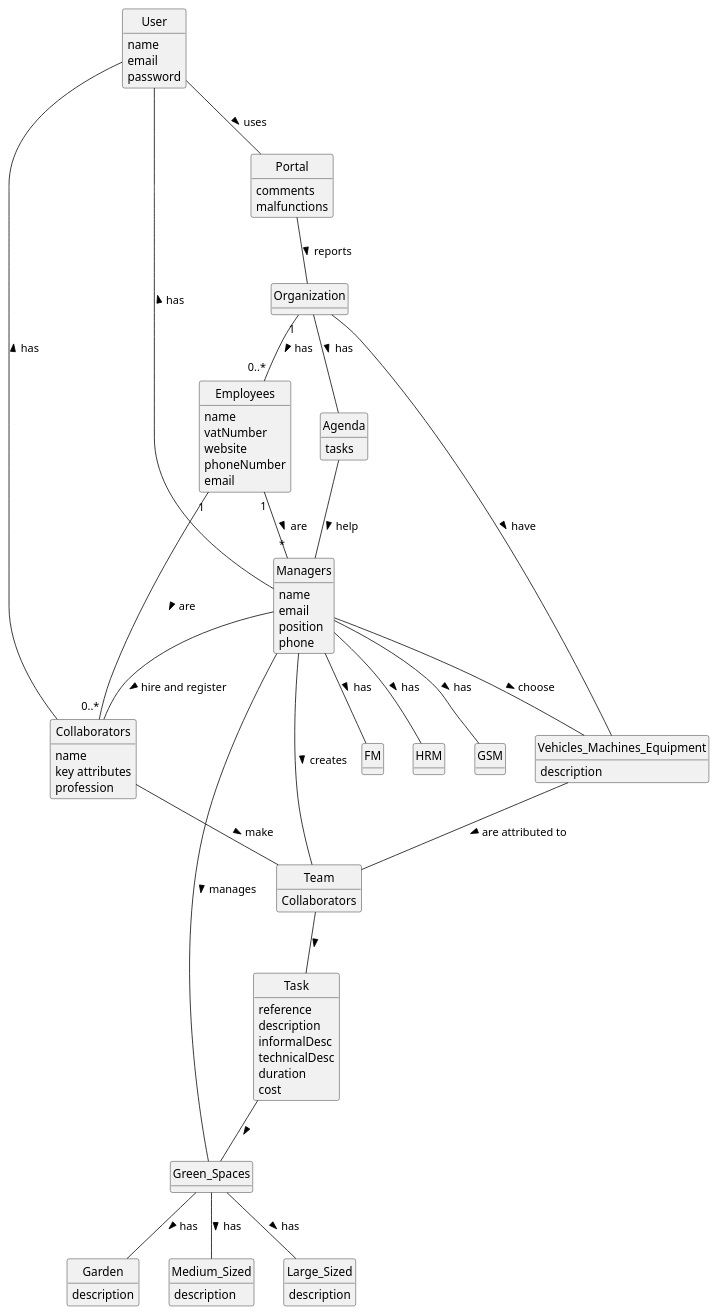
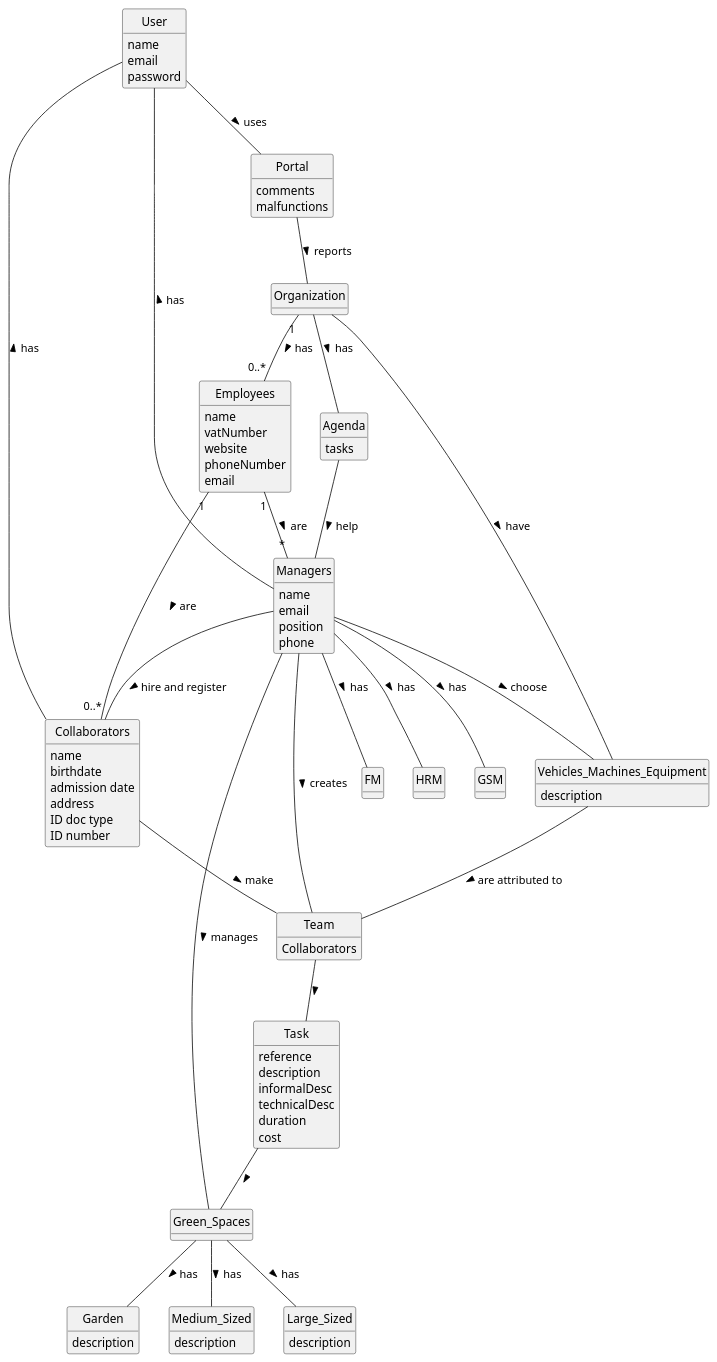
Before and after one commit to Departamento-de-Engenharia-Informatica/lei-24-s2-1df-1de-g063: the diagram in docs/sprintA/global-artifacts/02.analysis/puml/project-domain-model.puml, drawn with PlantUML. The commit also changed 2 other files, not shown here.

```diff
--- a/docs/sprintA/global-artifacts/02.analysis/puml/project-domain-model.puml
+++ b/docs/sprintA/global-artifacts/02.analysis/puml/project-domain-model.puml
@@ -1,114 +1,118 @@
 @startuml
 skinparam monochrome true
 skinparam packageStyle rectangle
 skinparam shadowing false
 'skinparam linetype ortho
 'left to right direction
 skinparam classAttributeIconSize 0
 hide circle
 hide methods
 
 'title Domain Model
 
 'class Platform {
 '  -description
 '}
 class Portal{
     comments
     malfunctions
 }
 class Agenda{
     tasks
 }
 class Garden{
     description
 }
 class Medium_Sized{
     description
 }
 class Large_Sized{
     description
 }
 class Vehicles_Machines_Equipment{
     description
 }
 class FM{
 }
 class HRM{
 }
 class GSM{
 }
 class Green_Spaces{
 
 }
 class Team{
     Collaborators
 }
 
 class Collaborators{
     name
-    key attributes
-    profession
+    birthdate
+    admission date
+    address
+    contact info (mobile and email)
+    ID doc type
+    ID number
 }
 class Employees {
     name
     vatNumber
     website
     phoneNumber
     email
 }
 
 class Task {
     reference
     description
     informalDesc
     technicalDesc
     duration
     cost
 }
 class Managers {
     name
     email
     position
     phone
 }
 class User {
     name
     email
     password
 }
 class Organization{
 
 }
 'Platform "1" -- "*" Organization : has registered >
 'Platform "1" -- "*" Category : defines >
 Organization "1" - "0..*" Employees : has >
 Employees "1" - "0..*" Collaborators: are >
 'Task "*" -- "1" Employees: created by >
 Employees "1" -- "*" Managers : are >
 'Employees "0..1" -- "1" User: acts as >
 Collaborators -- Team : make >
 Team -- Task :  >
 Task -- Green_Spaces:  >
 Managers -- GSM: has >
 Managers -- HRM: has >
 Managers -- FM: has >
 Managers -- Team: creates >
 Managers -- Green_Spaces: manages >
 Green_Spaces -- Garden: has >
 Green_Spaces -- Medium_Sized: has >
 Green_Spaces -- Large_Sized: has >
 Vehicles_Machines_Equipment -- Team: are attributed to >
 Managers -- Collaborators: hire and register >
 Organization -- Vehicles_Machines_Equipment: have >
 Managers -- Vehicles_Machines_Equipment: choose >
 Organization -- Agenda: has >
 Agenda -- Managers: help >
 Portal -- Organization: reports >
 User -- Portal: uses >
 User -- Managers: has <
 User -- Collaborators: has <
 
 
 
 @enduml
```
